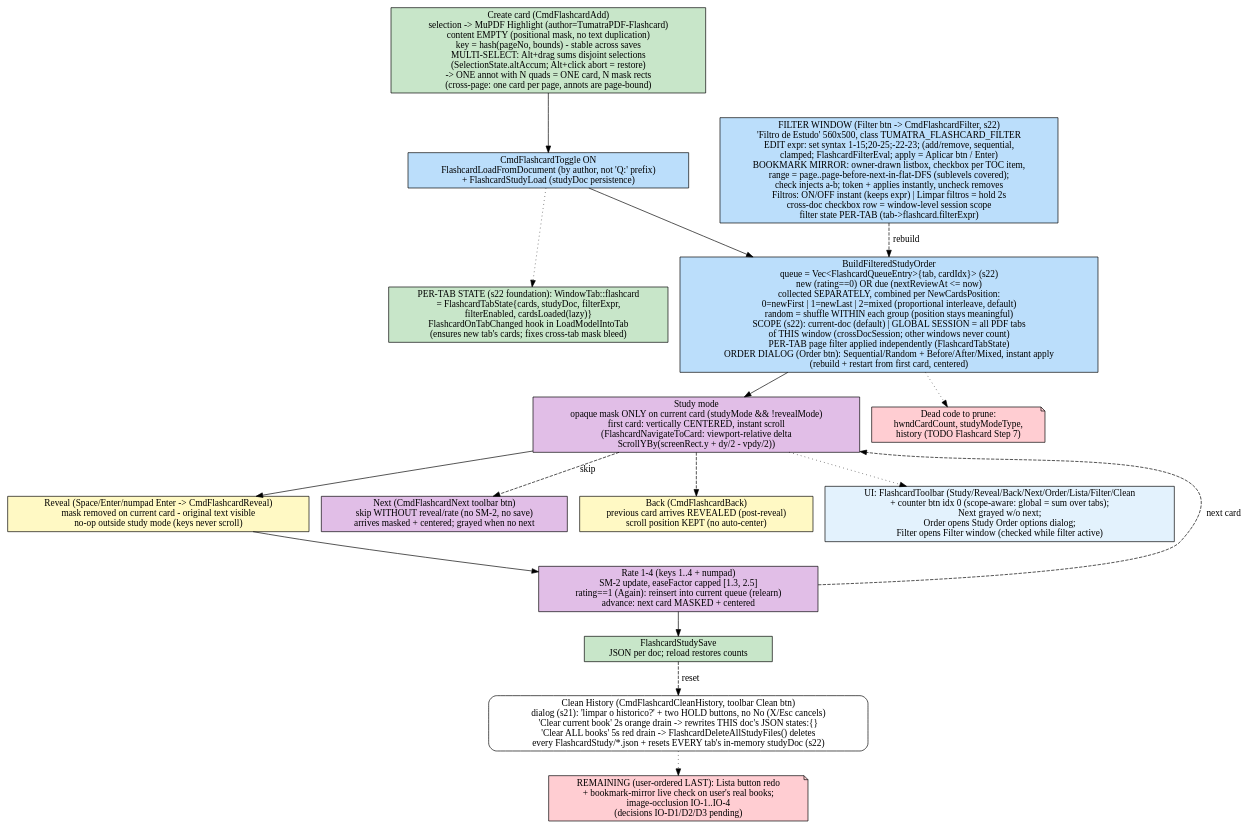
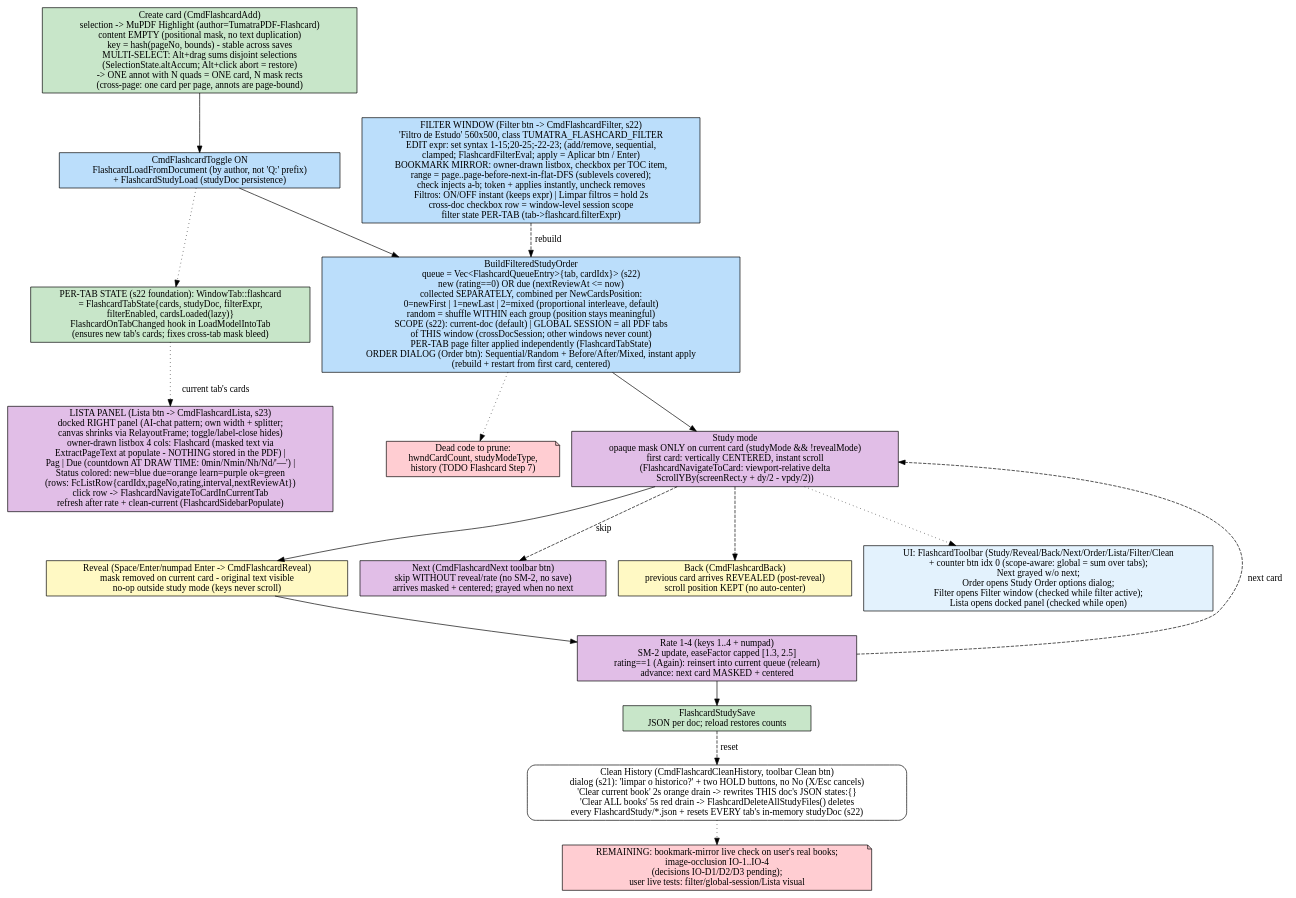
One commit to FelipeTesta/TumatraPDF changed the diagram in FLOW/flashcard.dot. Above: the diagram before and after it, drawn with Graphviz. The commit also changed 11 other files, not shown here.

First line of the commit message:
feat(flashcard): Lista redo — docked right panel with 4-column card list

```diff
--- a/FLOW/flashcard.dot
+++ b/FLOW/flashcard.dot
@@ -1,35 +1,37 @@
 digraph Flashcard {
     rankdir=TB;
     node [shape=box, style=rounded];
 
     create [label="Create card (CmdFlashcardAdd)\nselection -> MuPDF Highlight (author=TumatraPDF-Flashcard)\ncontent EMPTY (positional mask, no text duplication)\nkey = hash(pageNo, bounds) - stable across saves\nMULTI-SELECT: Alt+drag sums disjoint selections\n(SelectionState.altAccum; Alt+click abort = restore)\n-> ONE annot with N quads = ONE card, N mask rects\n(cross-page: one card per page, annots are page-bound)", fillcolor="#c8e6c9", style=filled];
     load [label="CmdFlashcardToggle ON\nFlashcardLoadFromDocument (by author, not 'Q:' prefix)\n+ FlashcardStudyLoad (studyDoc persistence)", fillcolor="#bbdefb", style=filled];
     filter [label="BuildFilteredStudyOrder\nqueue = Vec<FlashcardQueueEntry>{tab, cardIdx}> (s22)\nnew (rating==0) OR due (nextReviewAt <= now)\ncollected SEPARATELY, combined per NewCardsPosition:\n0=newFirst | 1=newLast | 2=mixed (proportional interleave, default)\nrandom = shuffle WITHIN each group (position stays meaningful)\nSCOPE (s22): current-doc (default) | GLOBAL SESSION = all PDF tabs\nof THIS window (crossDocSession; other windows never count)\nPER-TAB page filter applied independently (FlashcardTabState)\nORDER DIALOG (Order btn): Sequential/Random + Before/After/Mixed, instant apply\n(rebuild + restart from first card, centered)", fillcolor="#bbdefb", style=filled];
     filterdlg [label="FILTER WINDOW (Filter btn -> CmdFlashcardFilter, s22)\n'Filtro de Estudo' 560x500, class TUMATRA_FLASHCARD_FILTER\nEDIT expr: set syntax 1-15;20-25;-22-23; (add/remove, sequential,\nclamped; FlashcardFilterEval; apply = Aplicar btn / Enter)\nBOOKMARK MIRROR: owner-drawn listbox, checkbox per TOC item,\nrange = page..page-before-next-in-flat-DFS (sublevels covered);\ncheck injects a-b; token + applies instantly, uncheck removes\nFiltros: ON/OFF instant (keeps expr) | Limpar filtros = hold 2s\ncross-doc checkbox row = window-level session scope\nfilter state PER-TAB (tab->flashcard.filterExpr)", fillcolor="#bbdefb", style=filled];
     filterdlg -> filter [style=dashed, label="rebuild"];
     study [label="Study mode\nopaque mask ONLY on current card (studyMode && !revealMode)\nfirst card: vertically CENTERED, instant scroll\n(FlashcardNavigateToCard: viewport-relative delta\nScrollYBy(screenRect.y + dy/2 - vpdy/2))", fillcolor="#e1bee7", style=filled];
     reveal [label="Reveal (Space/Enter/numpad Enter -> CmdFlashcardReveal)\nmask removed on current card - original text visible\nno-op outside study mode (keys never scroll)", fillcolor="#fff9c4", style=filled];
     rate [label="Rate 1-4 (keys 1..4 + numpad)\nSM-2 update, easeFactor capped [1.3, 2.5]\nrating==1 (Again): reinsert into current queue (relearn)\nadvance: next card MASKED + centered", fillcolor="#e1bee7", style=filled];
     next [label="Next (CmdFlashcardNext toolbar btn)\nskip WITHOUT reveal/rate (no SM-2, no save)\narrives masked + centered; grayed when no next", fillcolor="#e1bee7", style=filled];
     back [label="Back (CmdFlashcardBack)\nprevious card arrives REVEALED (post-reveal)\nscroll position KEPT (no auto-center)", fillcolor="#fff9c4", style=filled];
     persist [label="FlashcardStudySave\nJSON per doc; reload restores counts", fillcolor="#c8e6c9", style=filled];
 
     create -> load -> filter -> study -> reveal -> rate -> persist;
     rate -> study [style=dashed, label="next card"];
     study -> next [style=dashed, label="skip"];
     study -> back [style=dashed];
 
     clean [label="Clean History (CmdFlashcardCleanHistory, toolbar Clean btn)\ndialog (s21): 'limpar o historico?' + two HOLD buttons, no No (X/Esc cancels)\n'Clear current book' 2s orange drain -> rewrites THIS doc's JSON states:{}\n'Clear ALL books' 5s red drain -> FlashcardDeleteAllStudyFiles() deletes\nevery FlashcardStudy/*.json + resets EVERY tab's in-memory studyDoc (s22)"];
     persist -> clean [style=dashed, label="reset"];
-    pending [label="REMAINING (user-ordered LAST): Lista button redo\n+ bookmark-mirror live check on user's real books;\nimage-occlusion IO-1..IO-4\n(decisions IO-D1/D2/D3 pending)", shape=note, fillcolor="#ffcdd2", style=filled];
+    lista [label="LISTA PANEL (Lista btn -> CmdFlashcardLista, s23)\ndocked RIGHT panel (AI-chat pattern; own width + splitter;\ncanvas shrinks via RelayoutFrame; toggle/label-close hides)\nowner-drawn listbox 4 cols: Flashcard (masked text via\nExtractPageText at populate - NOTHING stored in the PDF) |\nPag | Due (countdown AT DRAW TIME: 0min/Nmin/Nh/Nd/'—') |\nStatus colored: new=blue due=orange learn=purple ok=green\n(rows: FcListRow{cardIdx,pageNo,rating,interval,nextReviewAt})\nclick row -> FlashcardNavigateToCardInCurrentTab\nrefresh after rate + clean-current (FlashcardSidebarPopulate)", fillcolor="#e1bee7", style=filled];
+    pertab -> lista [style=dotted, label="current tab's cards"];
+    pending [label="REMAINING: bookmark-mirror live check on user's real books;\nimage-occlusion IO-1..IO-4\n(decisions IO-D1/D2/D3 pending);\nuser live tests: filter/global-session/Lista visual", shape=note, fillcolor="#ffcdd2", style=filled];
     clean -> pending [style=dotted];
 
     dead [label="Dead code to prune:\nhwndCardCount, studyModeType,\nhistory (TODO Flashcard Step 7)", shape=note, fillcolor="#ffcdd2", style=filled];
     filter -> dead [style=dotted];
 
-    ui [label="UI: FlashcardToolbar (Study/Reveal/Back/Next/Order/Lista/Filter/Clean\n+ counter btn idx 0 (scope-aware: global = sum over tabs);\nNext grayed w/o next;\nOrder opens Study Order options dialog;\nFilter opens Filter window (checked while filter active)", shape=box, fillcolor="#e3f2fd", style=filled];
+    ui [label="UI: FlashcardToolbar (Study/Reveal/Back/Next/Order/Lista/Filter/Clean\n+ counter btn idx 0 (scope-aware: global = sum over tabs);\nNext grayed w/o next;\nOrder opens Study Order options dialog;\nFilter opens Filter window (checked while filter active);\nLista opens docked panel (checked while open)", shape=box, fillcolor="#e3f2fd", style=filled];
     study -> ui [style=dotted];
 
     pertab [label="PER-TAB STATE (s22 foundation): WindowTab::flashcard\n= FlashcardTabState{cards, studyDoc, filterExpr,\nfilterEnabled, cardsLoaded(lazy)}\nFlashcardOnTabChanged hook in LoadModelIntoTab\n(ensures new tab's cards; fixes cross-tab mask bleed)", fillcolor="#c8e6c9", style=filled];
     load -> pertab [style=dotted];
 }
```
